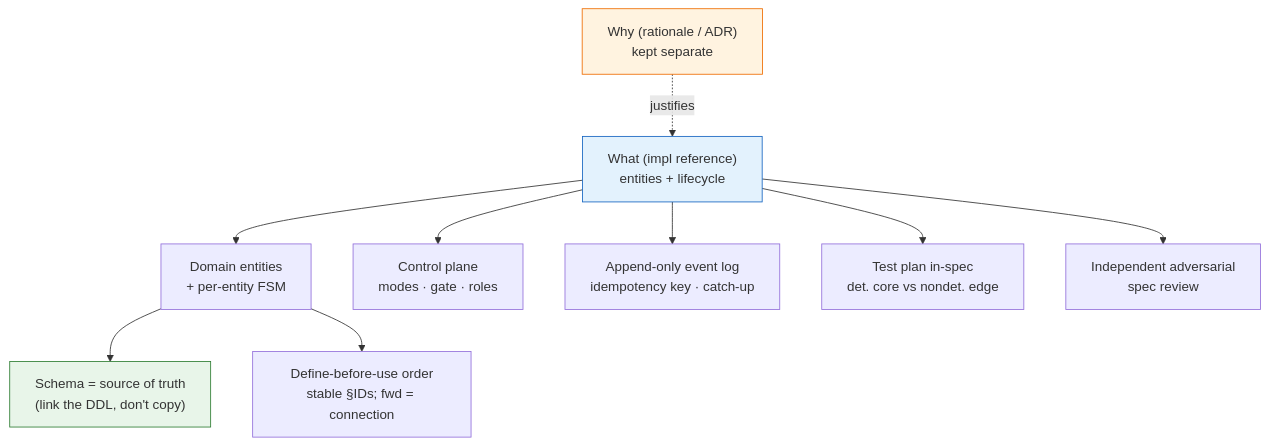
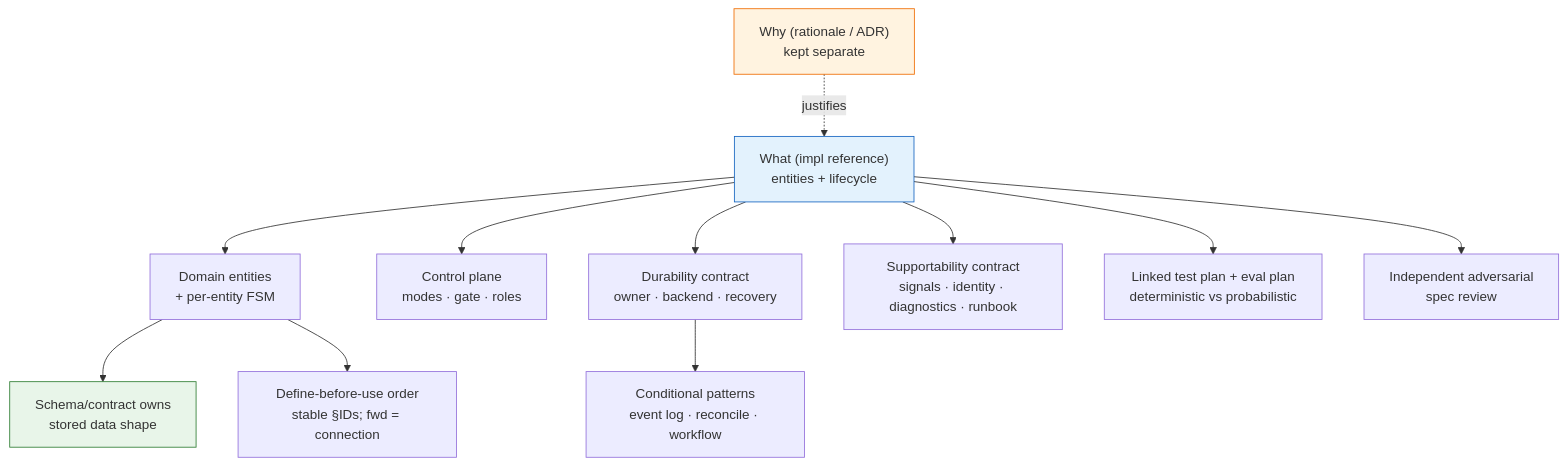
One commit to anatoly-m-maslennikov/dset-specs-loops-framework changed the diagram in methodology/01_Spec Authoring Patterns — Service Spec Conventions.md. Above: the diagram before and after it, drawn with Mermaid. The commit also changed other lines of this file and 48 other files, not shown here.

First line of the commit message:
Adopt DSET Spec Loops and supportability contract (#3)

````diff
--- a/methodology/01_Spec Authoring Patterns — Service Spec Conventions.md
+++ b/methodology/01_Spec Authoring Patterns — Service Spec Conventions.md
@@ -5,14 +5,16 @@
 ```mermaid
 graph TD
     WHY["Why (rationale / ADR)<br/>kept separate"] -.justifies.-> WHAT
     WHAT["What (impl reference)<br/>entities + lifecycle"] --> ENT["Domain entities<br/>+ per-entity FSM"]
-    ENT --> SCHEMA["Schema = source of truth<br/>(link the DDL, don't copy)"]
+    ENT --> SCHEMA["Schema/contract owns<br/>stored data shape"]
     ENT --> ORDER["Define-before-use order<br/>stable §IDs; fwd = connection"]
     WHAT --> CTRL["Control plane<br/>modes · gate · roles"]
-    WHAT --> LOG["Append-only event log<br/>idempotency key · catch-up"]
-    WHAT --> TEST["Test plan in-spec<br/>det. core vs nondet. edge"]
+    WHAT --> DUR["Durability contract<br/>owner · backend · recovery"]
+    DUR --> OPT["Conditional patterns<br/>event log · reconcile · workflow"]
+    WHAT --> SUPPORT["Supportability contract<br/>signals · identity · diagnostics · runbook"]
+    WHAT --> TEST["Linked test plan + eval plan<br/>deterministic vs probabilistic"]
     WHAT --> REVIEW["Independent adversarial<br/>spec review"]
     style WHAT fill:#e3f2fd,stroke:#1565c0
     style WHY fill:#fff3e0,stroke:#ef6c00
     style SCHEMA fill:#e8f5e9,stroke:#2e7d32
 ```
````
